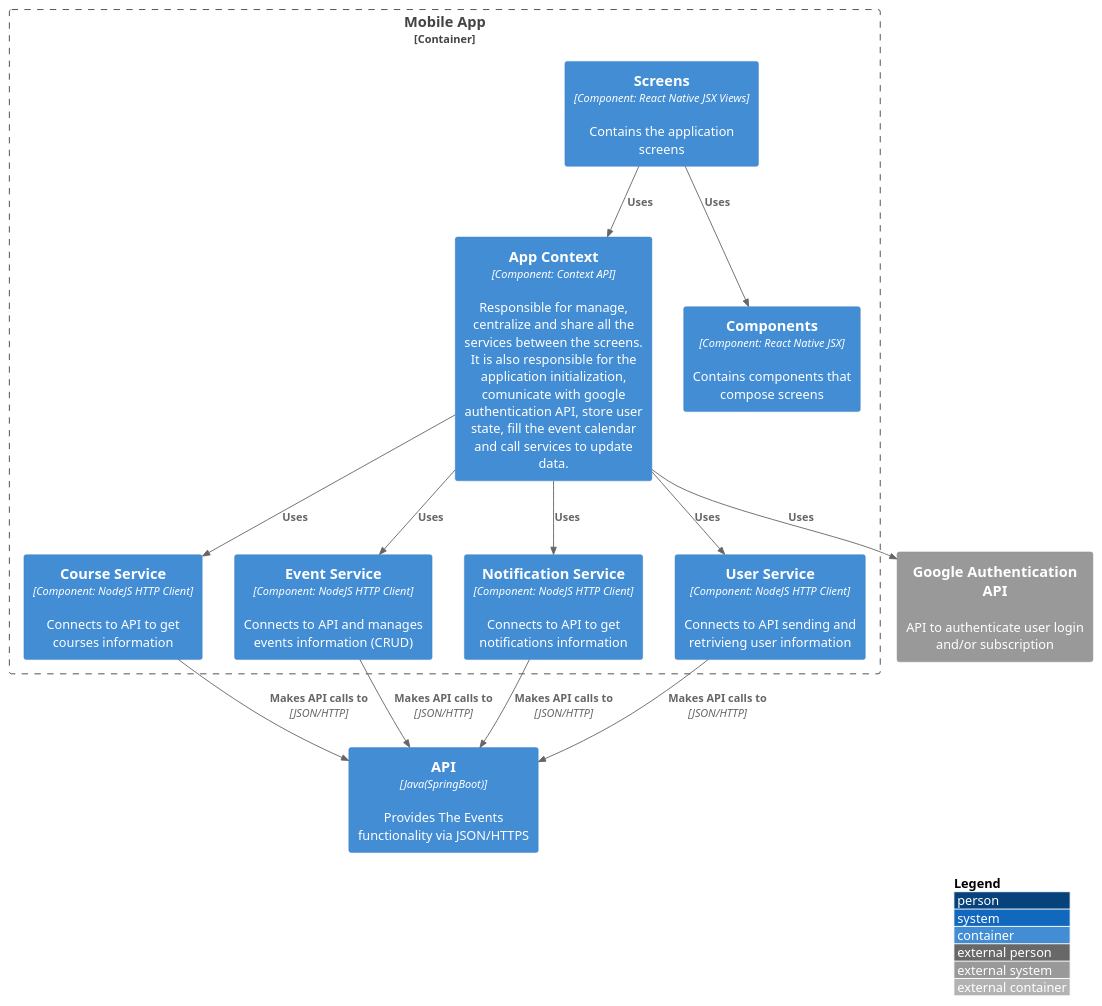
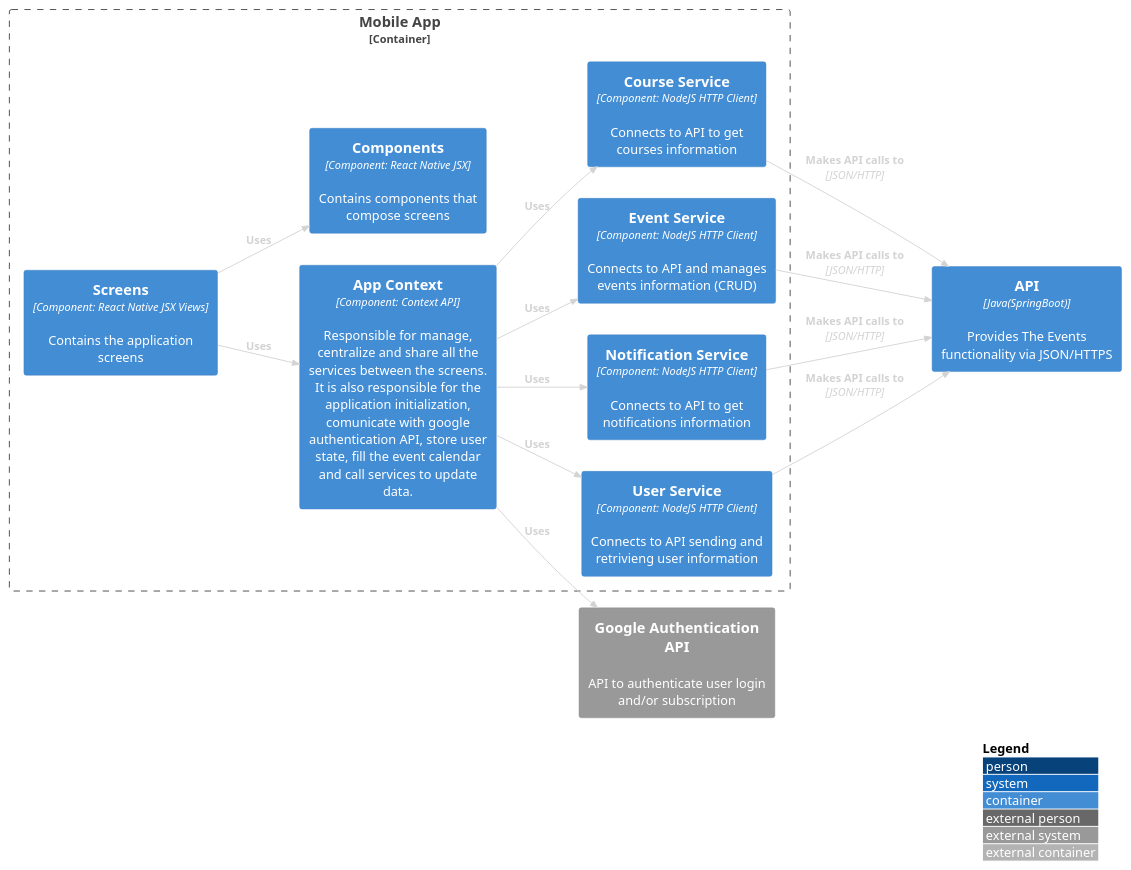
Before and after one commit to DahiseDias/UniCalArquitetura: the diagram in src/C3 - Components/Aplicação Mobile/mobileAppComponent.puml, drawn with PlantUML. The commit also changed 38 other files, not shown here.

```diff
--- a/src/C3 - Components/Aplicação Mobile/mobileAppComponent.puml
+++ b/src/C3 - Components/Aplicação Mobile/mobileAppComponent.puml
@@ -1,34 +1,38 @@
 @startuml
 !include https://raw.githubusercontent.com/adrianvlupu/C4-PlantUML/latest/C4_Container.puml
 
 LAYOUT_WITH_LEGEND()
+LAYOUT_LEFT_RIGHT()
+skinparam backgroundcolor transparent
+skinparam ArrowFontColor lightGray
+skinparam ArrowColor lightGray
 
 Container(api, "API", "Java(SpringBoot)", "Provides The Events functionality via JSON/HTTPS")
 System_Ext(gAuth, "Google Authentication API", "API to authenticate user login and/or subscription")
 Container_Boundary(mobileApp, "Mobile App"){
     Container(appContext, "App Context", "Component: Context API", "Responsible for manage, centralize and share all the services between the screens.     It is also responsible for the application initialization, comunicate with google authentication API, store user state, fill the event calendar and call services to update data.")
     Container(courseService, "Course Service", "Component: NodeJS HTTP Client", "Connects to API to get courses information")
     Container(eventService, "Event Service", "Component: NodeJS HTTP Client", "Connects to API and manages events information (CRUD)")
     Container(NotificationService, "Notification Service", "Component: NodeJS HTTP Client", "Connects to API to get notifications information")
     Container(userService, "User Service", "Component: NodeJS HTTP Client", "Connects to API sending and retrivieng user information")
 
     Container(screens, "Screens", "Component: React Native JSX Views", "Contains the application screens")
     Container(components, "Components", "Component: React Native JSX", "Contains components that compose screens")
 
     Rel(appContext, eventService, "Uses")
     Rel(appContext, courseService, "Uses")
     Rel(appContext, NotificationService, "Uses")
     Rel(appContext, userService, "Uses")
     Rel(screens, components, "Uses")
     Rel(screens, appContext, "Uses")
 
     Rel(courseService, api, "Makes API calls to", "JSON/HTTP")
     Rel(eventService, api, "Makes API calls to", "JSON/HTTP")
     Rel(NotificationService, api, "Makes API calls to", "JSON/HTTP")
     Rel(userService, api, "Makes API calls to", "JSON/HTTP")
     Rel(appContext, gAuth, "Uses")
 
 }
 
 
 @enduml
```
